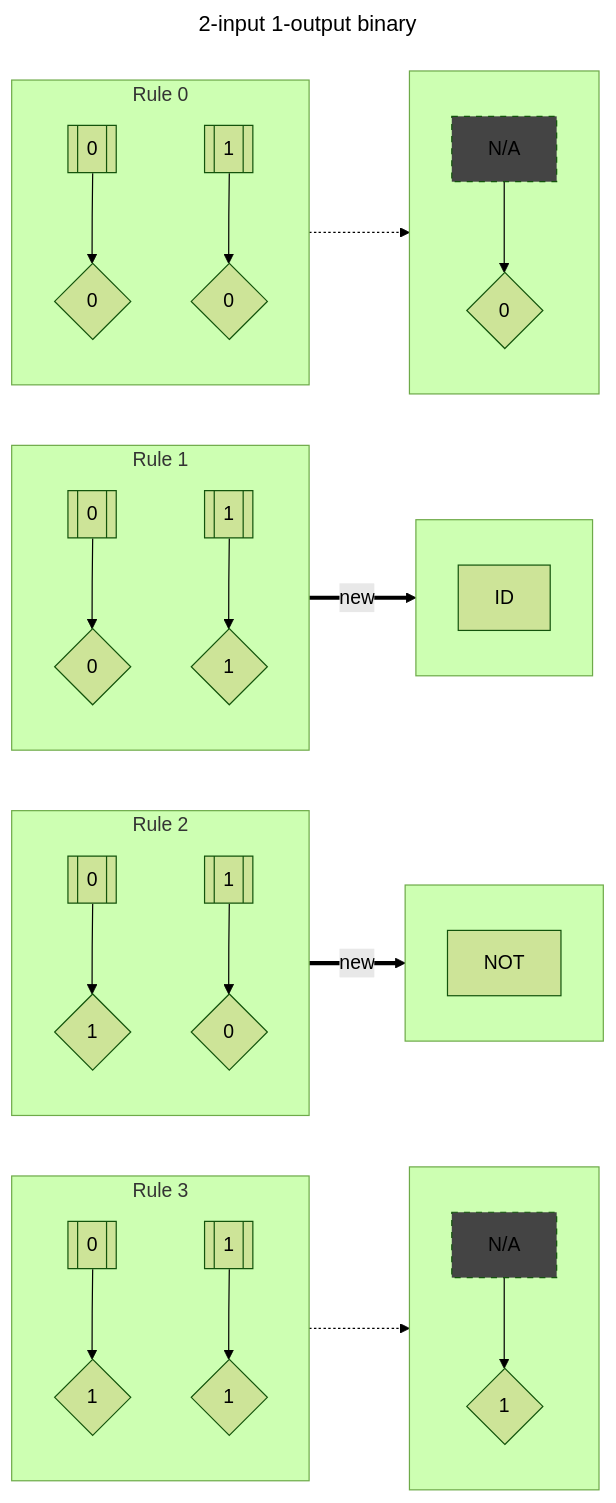
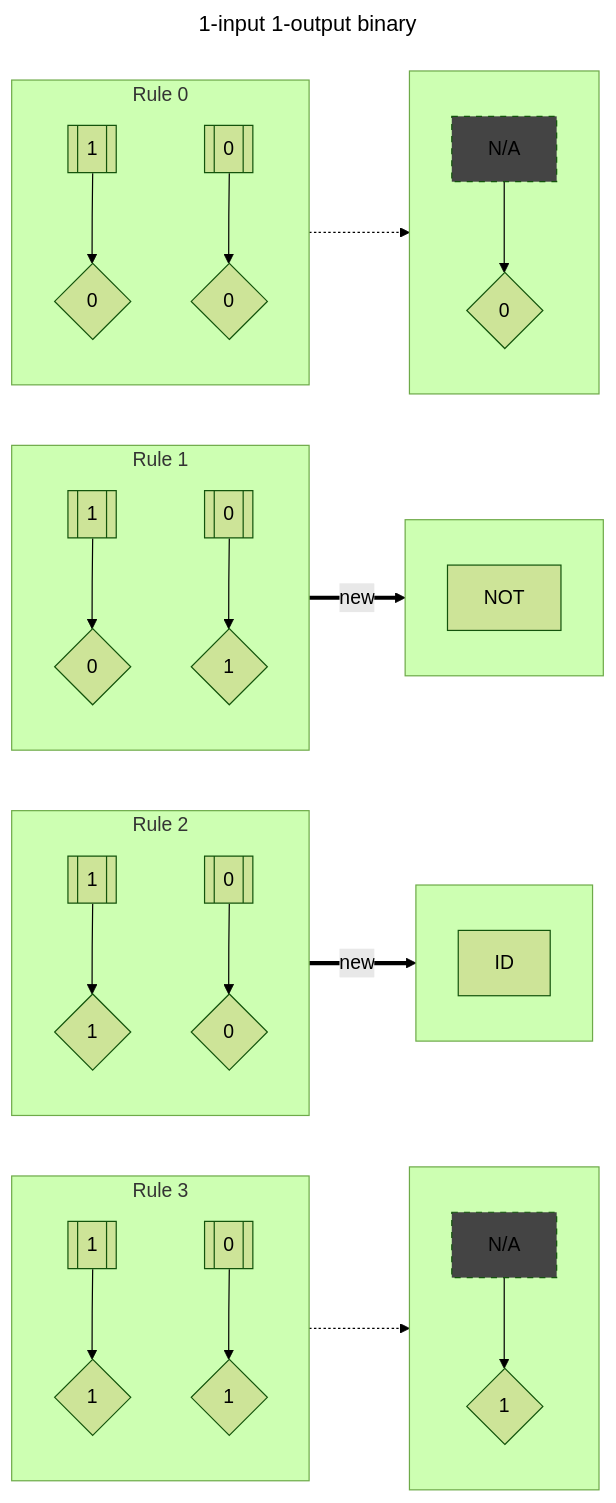
The third of 4 diagrams in test.md (PetarSPal/Chickenomata), drawn with Mermaid (forest theme) before and after one commit. The commit also changed other lines of this file, not shown here.

Commit message:
testing mermaid

````diff
--- a/test.md
+++ b/test.md
@@ -1,44 +32,45 @@
 ```mermaid
 ---
-title: 2-input 1-output binary
+title: 1-input 1-output binary
 ---
 flowchart LR
     subgraph Rule3 [Rule 3]
-		30[[0]] --> 31{1}
-		32[[1]] --> 33{1}
+		r3i1[[1]] --> r3v1{1}
+        r3i0[[0]] --> r3v2{1}
 	end
-    subgraph 3 [ ]
-        120[N/A] --> 121{1}
-        style 120 fill:#444,stroke-dasharray: 5 5
+    subgraph rr3 [ ]
+        rr3ia[N/A] --> rr3v{1}
+        style rr3ia fill:#444,stroke-dasharray: 5 5
 	end
-    Rule3 -.-> 3
+    Rule3 -.-> rr3
 
-
-	subgraph Rule2 [Rule 2]
-		20[[0]] --> 21{1}
-		22[[1]] --> 23{0}
+    subgraph Rule2 [Rule 2]
+        r2i1[[1]] --> r2v1{1}
+		r2i0[[0]] --> r2v2{0}
 	end
-    subgraph 2 [ ]
-		110[NOT]
+    subgraph rr2 [ ]
+		rr2a[ID]
 	end
-    Rule2 == new ==> 2
+    Rule2 == new ==> rr2
 
 	subgraph Rule1 [Rule 1]
-		10[[0]] --> 11{0}
-		12[[1]] --> 13{1}
+        r1i1[[1]] --> r1v1{0}
+		r1i0[[0]] --> r1v2{1}
+		
 	end
-    subgraph 1 [ ]
-		100[ID]
+    subgraph rr1 [ ]
+		rr1a[NOT]
 	end
-    Rule1 == new ==> 1
+    Rule1 == new ==> rr1
 
 	subgraph Rule0 [Rule 0]
-		00[[0]] --> 01{0}
-		02[[1]] --> 03{0}
+        r0i1[[1]] --> r0v1{0}
+		r0i0[[0]] --> r0v2{0}
+		
 	end
-    subgraph 0 [ ]
-		90[N/A] --> 91{0}
-        style 90 fill:#444,stroke-dasharray: 5 5
+    subgraph rr0 [ ]
+		rr0ia[N/A] --> rr0v{0}
+        style rr0ia fill:#444,stroke-dasharray: 5 5
 	end
-    Rule0 -.-> 0
+    Rule0 -.-> rr0
 ```
````
